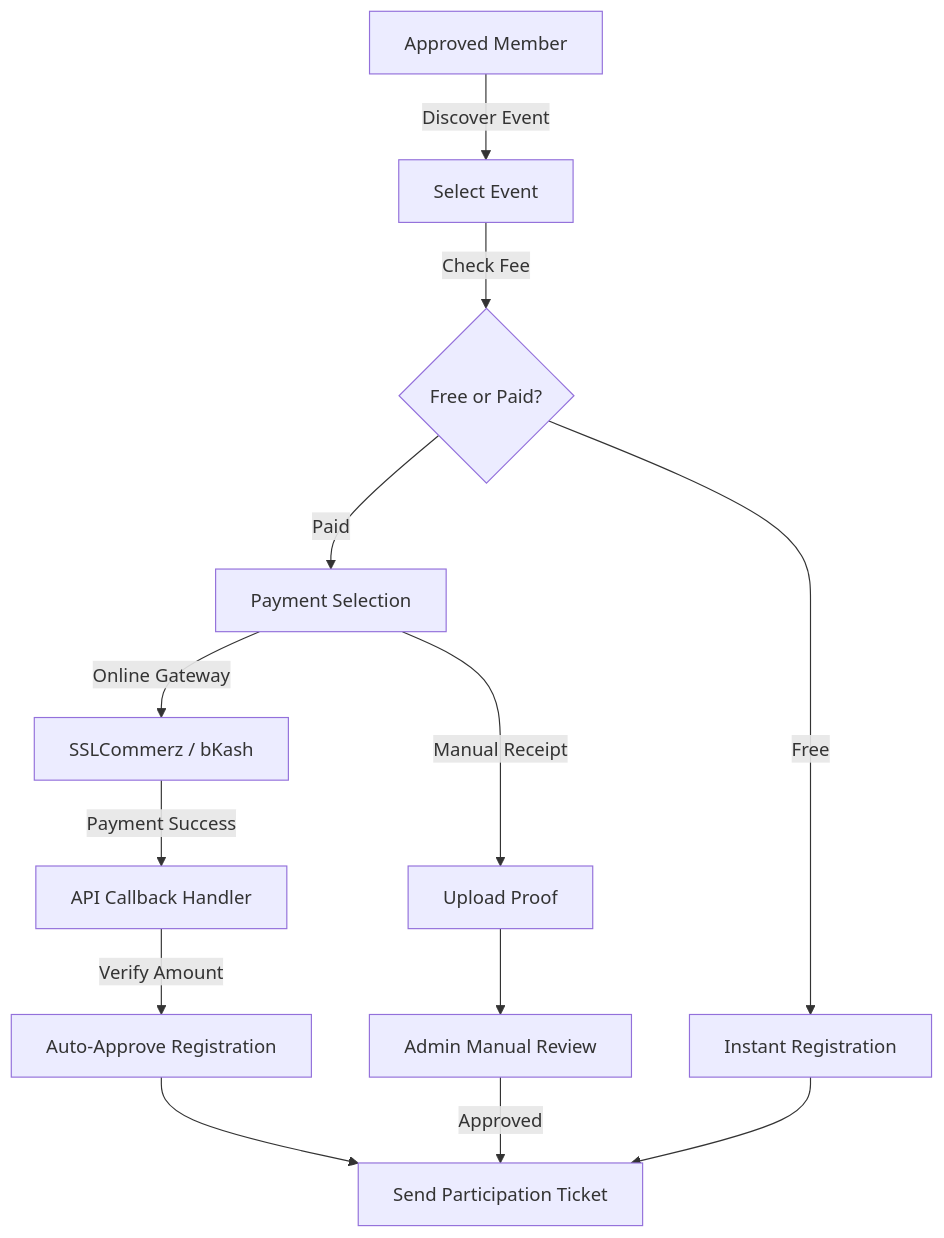
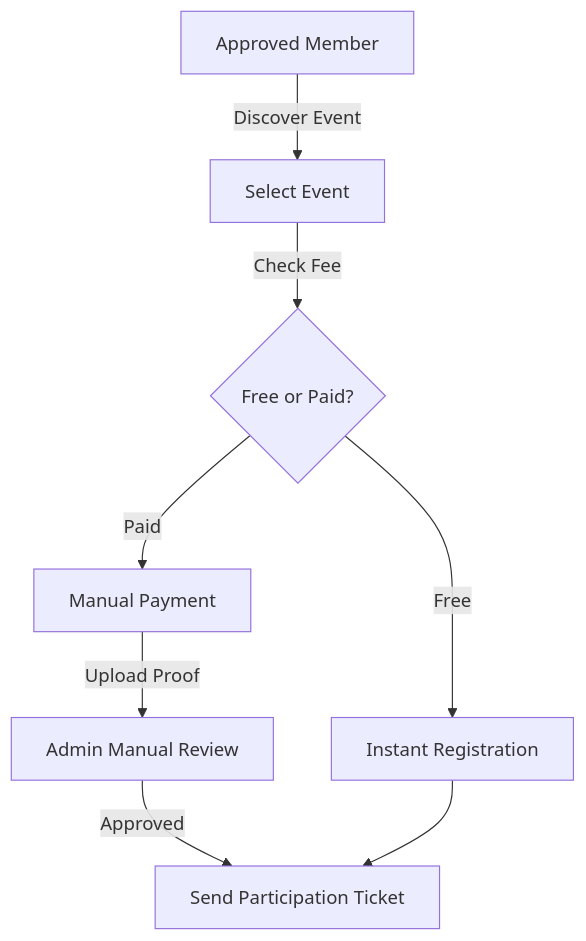
One commit to shalin-rahman/GHCAA changed the second of 4 diagrams in README.md. Above: the diagram before and after it, drawn with Mermaid. The commit also changed other lines of this file and 3 other files, not shown here.

````diff
--- a/README.md
+++ b/README.md
@@ -233,15 +100,10 @@
 ```mermaid
 graph TD
     A[Approved Member] -->|Discover Event| B[Select Event]
     B -->|Check Fee| C{Free or Paid?}
     C -->|Free| D[Instant Registration]
-    C -->|Paid| E[Payment Selection]
-    E -->|Manual Receipt| F[Upload Proof]
-    F --> G[Admin Manual Review]
-    E -->|Online Gateway| H[SSLCommerz / bKash]
-    H -->|Payment Success| I[API Callback Handler]
-    I -->|Verify Amount| J[Auto-Approve Registration]
-    J --> K[Send Participation Ticket]
-    G -->|Approved| K
+    C -->|Paid| E[Manual Payment]
+    E -->|Upload Proof| F[Admin Manual Review]
+    F -->|Approved| K[Send Participation Ticket]
     D --> K
 ```
````
